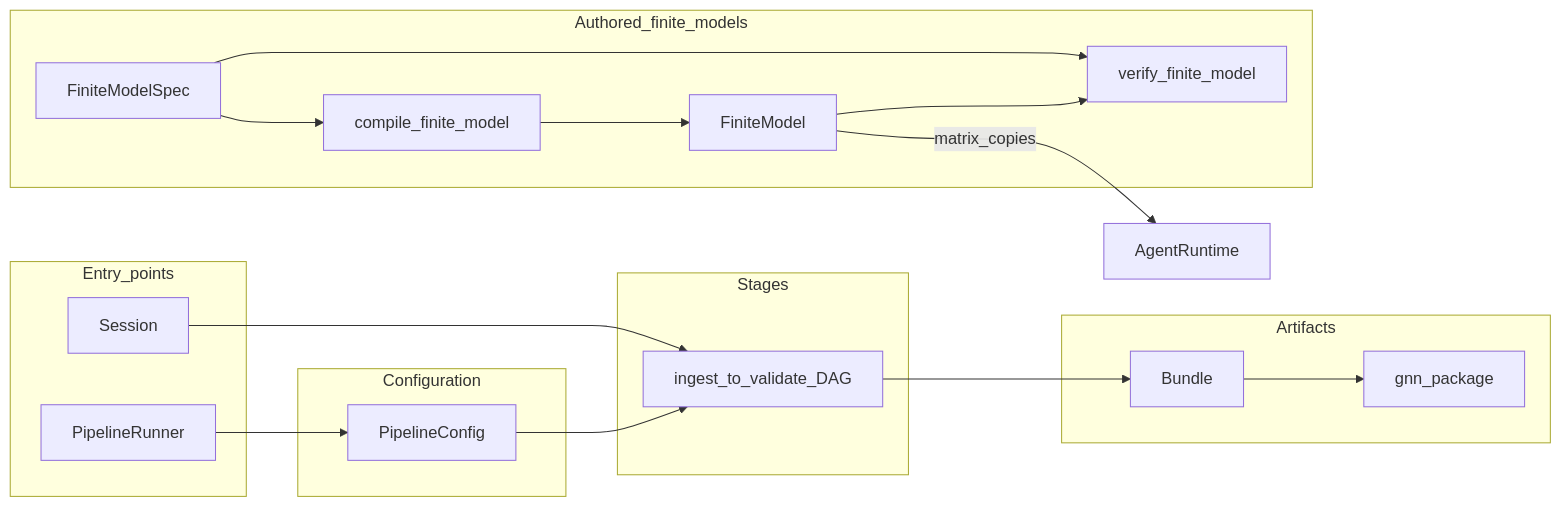
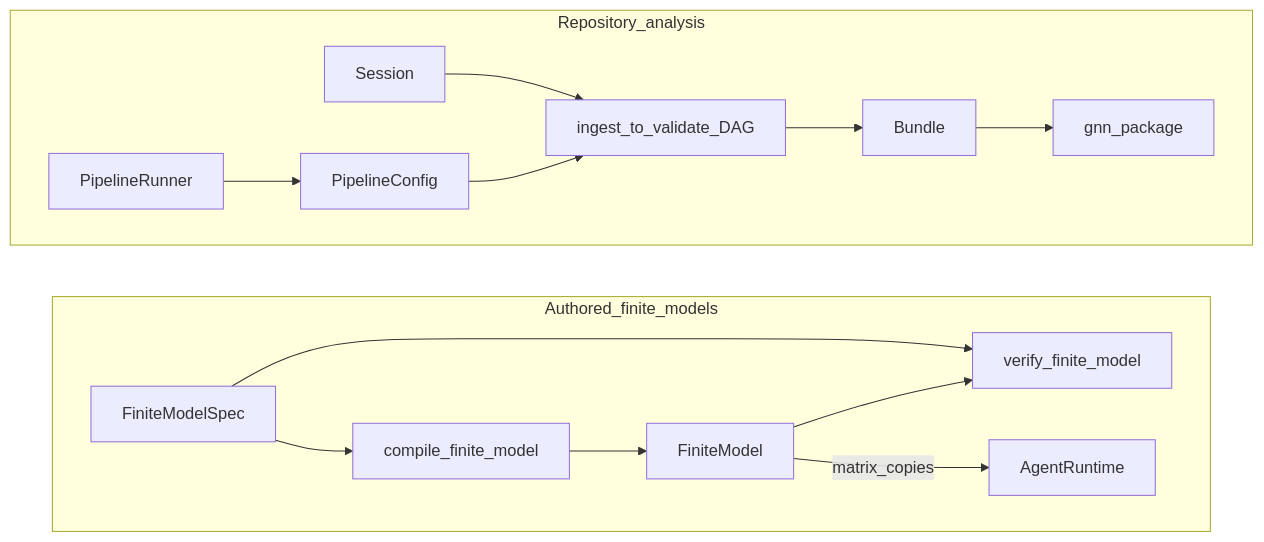
One commit to ActiveInferenceInstitute/COGANT changed the diagram in manuscript/03_api_and_workflows.md. Above: the diagram before and after it, drawn with Mermaid.

Commit message:
Keep both manuscript API routes legible in the rendered flow diagram

````diff
--- a/manuscript/03_api_and_workflows.md
+++ b/manuscript/03_api_and_workflows.md
@@ -9,34 +9,20 @@
 ```mermaid
-flowchart LR
-  subgraph entryPoints [Entry_points]
-    SE[Session]
-    PR[PipelineRunner]
-  end
-  subgraph cfg [Configuration]
-    PC[PipelineConfig]
-  end
-  subgraph stages [Stages]
-    DAG[ingest_to_validate_DAG]
-  end
-  subgraph artifacts [Artifacts]
-    BU[Bundle]
-    GP[gnn_package]
+flowchart TB
+  subgraph sourceRoute [Repository_analysis]
+    direction LR
+    SE[Session] --> DAG[ingest_to_validate_DAG]
+    PR[PipelineRunner] --> PC[PipelineConfig]
+    PC --> DAG
+    DAG --> BU[Bundle]
+    BU --> GP[gnn_package]
   end
   subgraph finiteModels [Authored_finite_models]
-    FS[FiniteModelSpec]
-    FC[compile_finite_model]
-    FM[FiniteModel]
-    VF[verify_finite_model]
+    direction LR
+    FS[FiniteModelSpec] --> FC[compile_finite_model]
+    FC --> FM[FiniteModel]
+    FS --> VF[verify_finite_model]
+    FM --> VF
+    FM -->|matrix_copies| RT[AgentRuntime]
   end
-  RT[AgentRuntime]
-  SE --> DAG
-  PR --> PC
-  PC --> DAG
-  DAG --> BU
-  BU --> GP
-  FS --> FC
-  FC --> FM
-  FS --> VF
-  FM --> VF
-  FM -->|matrix_copies| RT
+  sourceRoute ~~~ finiteModels
 ```
````
